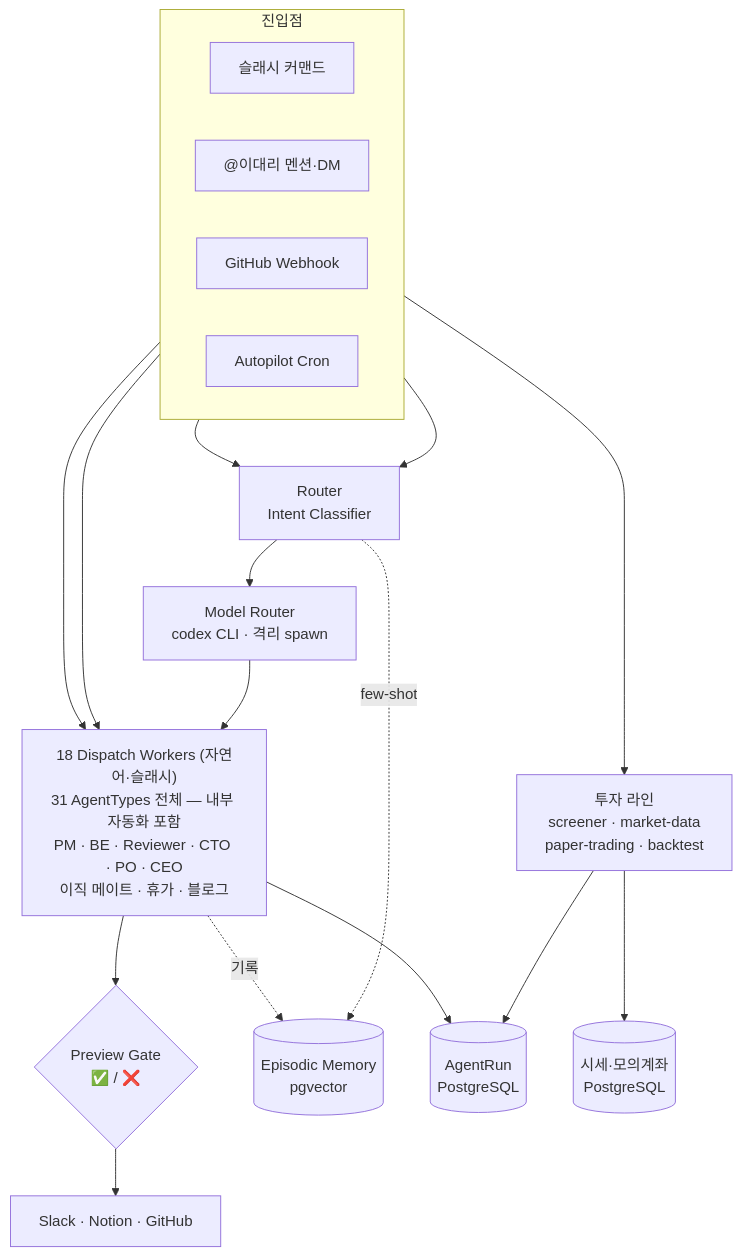
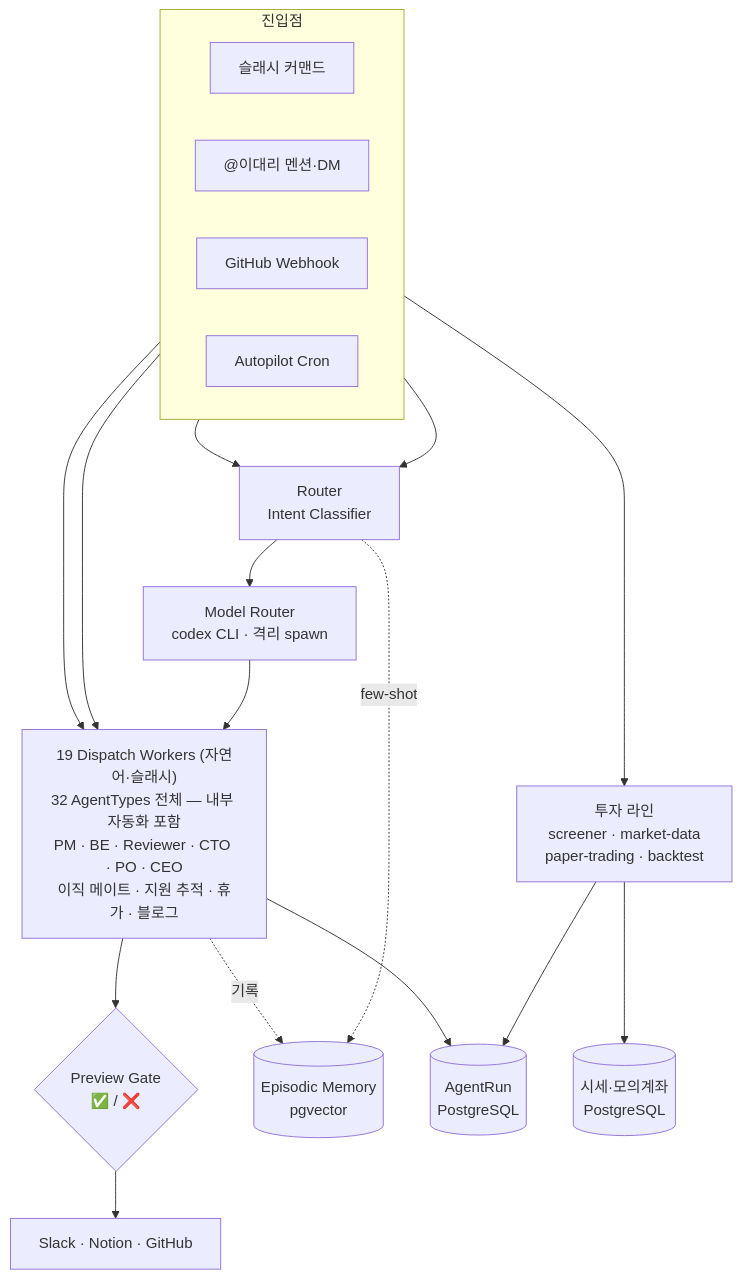
The diagram in README.md (JSL107/personal_agents), drawn with Mermaid before and after one commit. The commit also changed other lines of this file and 47 other files, not shown here.

````diff
--- a/README.md
+++ b/README.md
@@ -43,33 +43,33 @@
 ```mermaid
 flowchart TD
     subgraph IN["진입점"]
         direction LR
         S["슬래시 커맨드"]
         M["@이대리 멘션·DM"]
         W["GitHub Webhook"]
         C["Autopilot Cron"]
     end
 
     R["Router<br/>Intent Classifier"]
     MR["Model Router<br/>codex CLI · 격리 spawn"]
-    WK["18 Dispatch Workers (자연어·슬래시)<br/>31 AgentTypes 전체 — 내부 자동화 포함<br/>PM · BE · Reviewer · CTO · PO · CEO<br/>이직 메이트 · 휴가 · 블로그"]
+    WK["19 Dispatch Workers (자연어·슬래시)<br/>32 AgentTypes 전체 — 내부 자동화 포함<br/>PM · BE · Reviewer · CTO · PO · CEO<br/>이직 메이트 · 지원 추적 · 휴가 · 블로그"]
     IV["투자 라인<br/>screener · market-data<br/>paper-trading · backtest"]
     PG{"Preview Gate<br/>✅ / ❌"}
     EXT["Slack · Notion · GitHub"]
     EM[("Episodic Memory<br/>pgvector")]
     AR[("AgentRun<br/>PostgreSQL")]
     MD[("시세·모의계좌<br/>PostgreSQL")]
 
     S --> R
     M --> R
     R -. few-shot .-> EM
     R --> MR --> WK
     W --> WK
     C --> WK
     C --> IV
     IV --> MD
     IV --> AR
     WK --> PG --> EXT
     WK --> AR
     WK -. 기록 .-> EM
 ```
````
